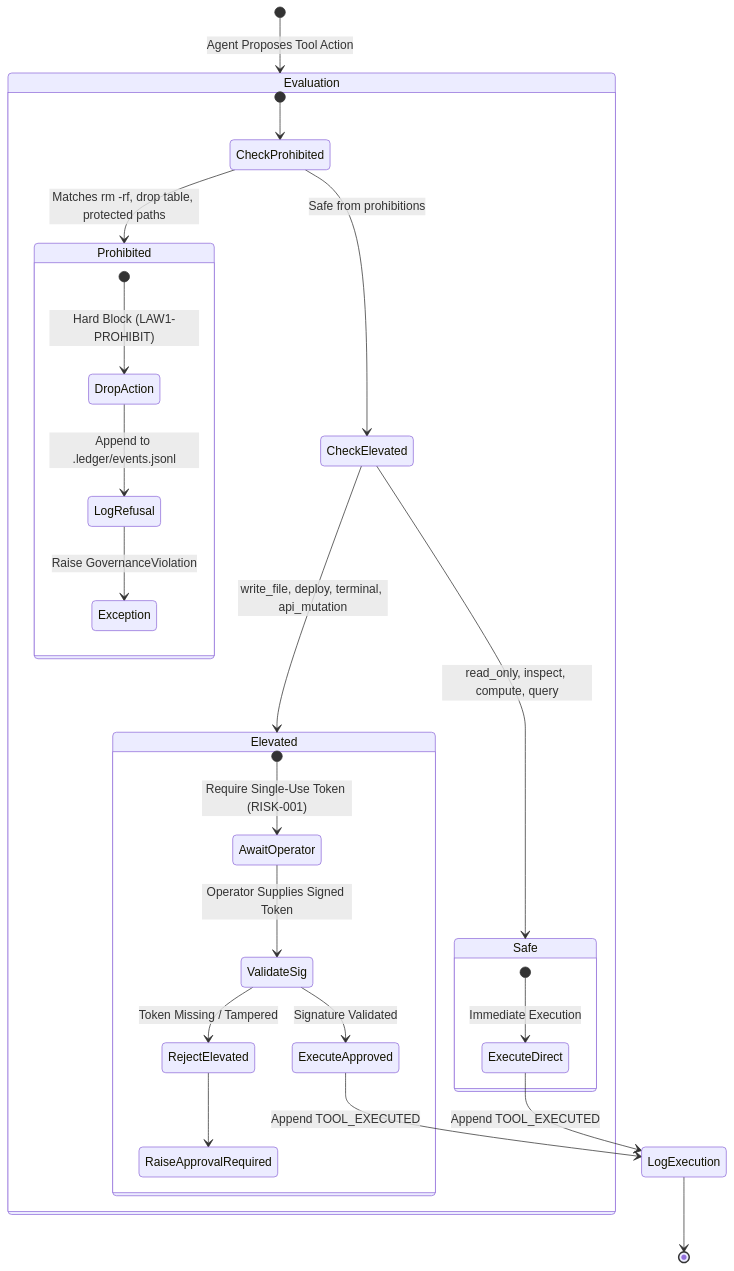
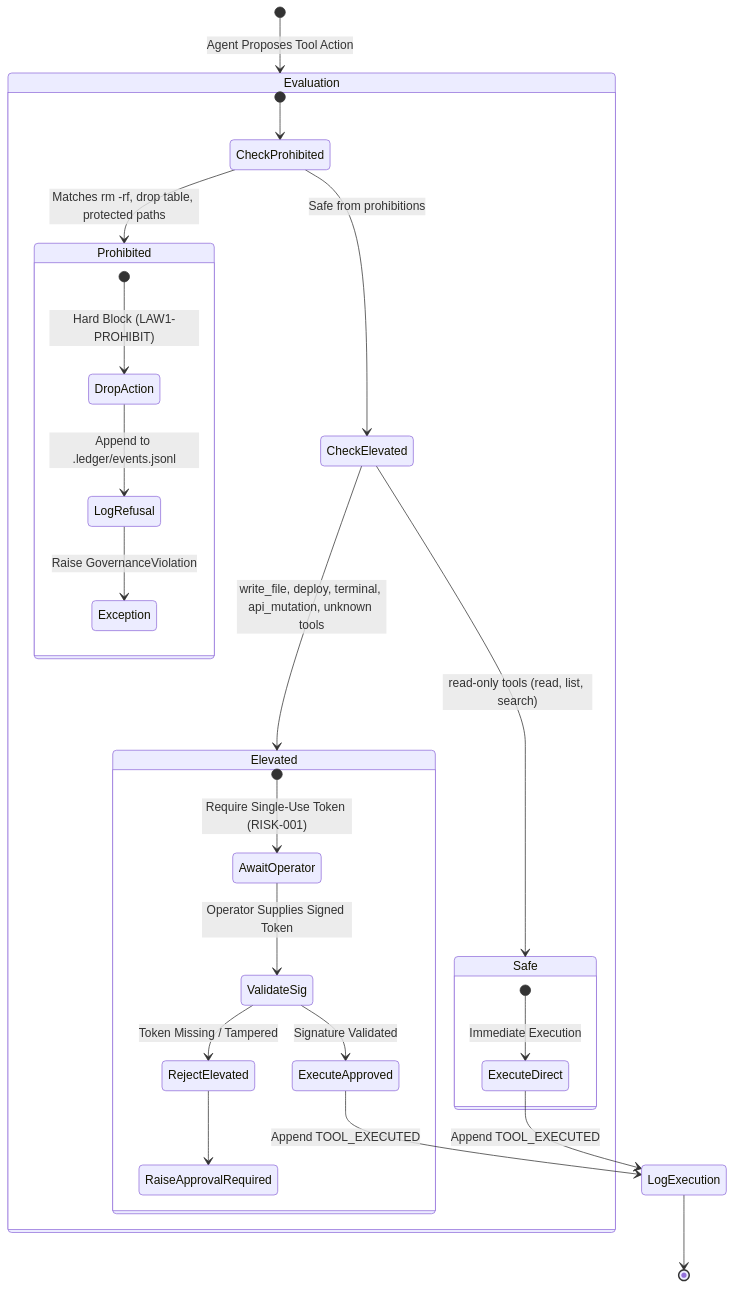
Before and after one commit to kirklasalle/AutonomousGovernanceLaws: the second of 3 diagrams in USER_GUIDE.md, drawn with Mermaid. The commit also changed other lines of this file and 8 other files, not shown here.

````diff
--- a/USER_GUIDE.md
+++ b/USER_GUIDE.md
@@ -80,34 +96,34 @@
 ```mermaid
 stateDiagram-v2
     [*] --> Evaluation: Agent Proposes Tool Action
     
     state Evaluation {
         [*] --> CheckProhibited
         CheckProhibited --> Prohibited: Matches rm -rf, drop table, protected paths
         CheckProhibited --> CheckElevated: Safe from prohibitions
-        CheckElevated --> Elevated: write_file, deploy, terminal, api_mutation
-        CheckElevated --> Safe: read_only, inspect, compute, query
+        CheckElevated --> Elevated: write_file, deploy, terminal, api_mutation, unknown tools
+        CheckElevated --> Safe: read-only tools (read, list, search)
     }
 
     state Prohibited {
         [*] --> DropAction: Hard Block (LAW1-PROHIBIT)
         DropAction --> LogRefusal: Append to .ledger/events.jsonl
         LogRefusal --> Exception: Raise GovernanceViolation
     }
 
     state Elevated {
         [*] --> AwaitOperator: Require Single-Use Token (RISK-001)
         AwaitOperator --> ValidateSig: Operator Supplies Signed Token
         ValidateSig --> ExecuteApproved: Signature Validated
         ValidateSig --> RejectElevated: Token Missing / Tampered
         RejectElevated --> RaiseApprovalRequired
     }
 
     state Safe {
         [*] --> ExecuteDirect: Immediate Execution
     }
 
     ExecuteApproved --> LogExecution: Append TOOL_EXECUTED
     ExecuteDirect --> LogExecution: Append TOOL_EXECUTED
     LogExecution --> [*]
 ```
````
